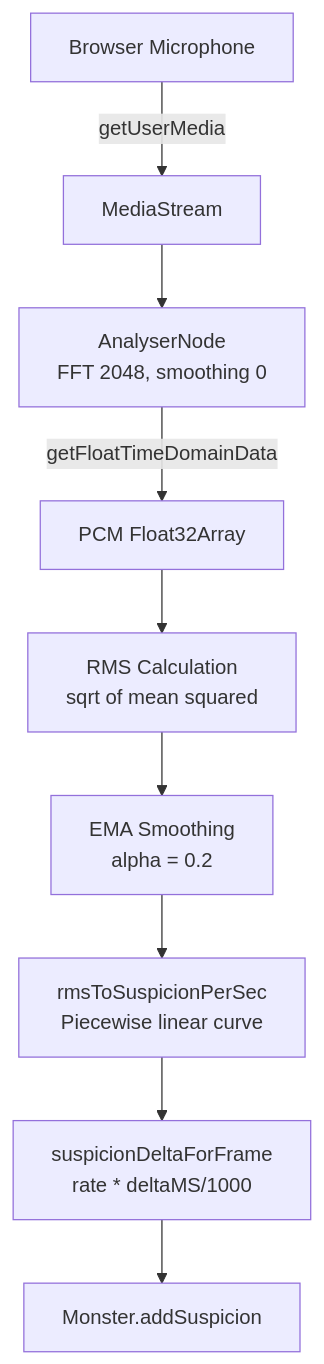
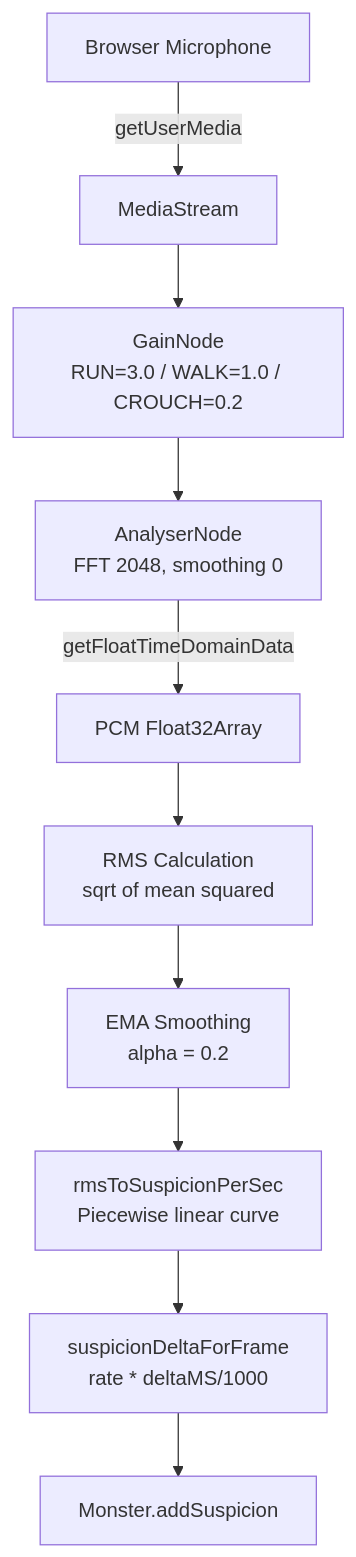
Before and after one commit to Andy00L/Earshot: the fourth of 4 diagrams in ARCHITECTURE.md, drawn with Mermaid. The commit also changed other lines of this file and 12 other files, not shown here.

````diff
--- a/ARCHITECTURE.md
+++ b/ARCHITECTURE.md
@@ -357,11 +259,12 @@
 ```mermaid
 flowchart TD
     MIC_HW[Browser Microphone] -->|getUserMedia| STREAM[MediaStream]
-    STREAM --> ANALYSER[AnalyserNode<br>FFT 2048, smoothing 0]
+    STREAM --> GAIN[GainNode<br>RUN=3.0 / WALK=1.0 / CROUCH=0.2]
+    GAIN --> ANALYSER[AnalyserNode<br>FFT 2048, smoothing 0]
     ANALYSER -->|getFloatTimeDomainData| PCM[PCM Float32Array]
     PCM --> RMS[RMS Calculation<br>sqrt of mean squared]
     RMS --> EMA[EMA Smoothing<br>alpha = 0.2]
     EMA --> CURVE[rmsToSuspicionPerSec<br>Piecewise linear curve]
     CURVE --> DELTA[suspicionDeltaForFrame<br>rate * deltaMS/1000]
     DELTA --> MONSTER_SUSP[Monster.addSuspicion]
 ```
````
